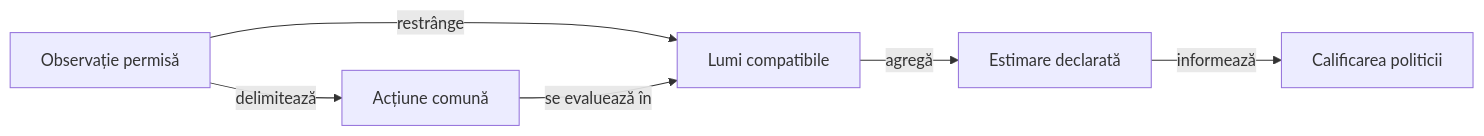
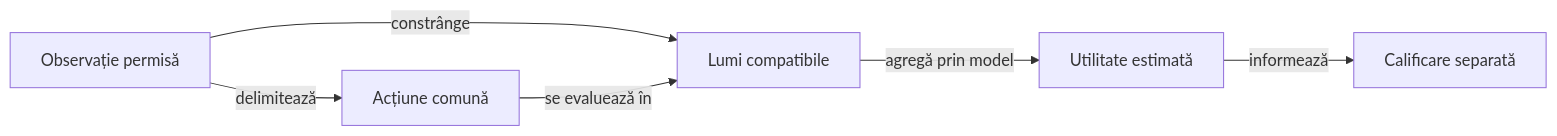
One commit to crististefanita/atf_j4 changed the diagram in whist-lab-app/ai-lab/experiments/round12-rejected-information/README.md. Above: the diagram before and after it, drawn with Mermaid. The commit also changed other lines of this file and 120 other files, not shown here.

````diff
--- a/whist-lab-app/ai-lab/experiments/round12-rejected-information/README.md
+++ b/whist-lab-app/ai-lab/experiments/round12-rejected-information/README.md
@@ -11,8 +9,8 @@
 ```mermaid
 flowchart LR
-    PUBLIC[Observație permisă] -->|restrânge| WORLDS[Lumi compatibile]
-    PUBLIC -->|delimitează| ACTION[Acțiune comună]
+    OBS[Observație permisă] -->|constrânge| WORLDS[Lumi compatibile]
+    OBS -->|delimitează| ACTION[Acțiune comună]
     ACTION -->|se evaluează în| WORLDS
-    WORLDS -->|agregă| VALUE[Estimare declarată]
-    VALUE -->|informează| REVIEW[Calificarea politicii]
+    WORLDS -->|agregă prin model| VALUE[Utilitate estimată]
+    VALUE -->|informează| REVIEW[Calificare separată]
 ```
````
